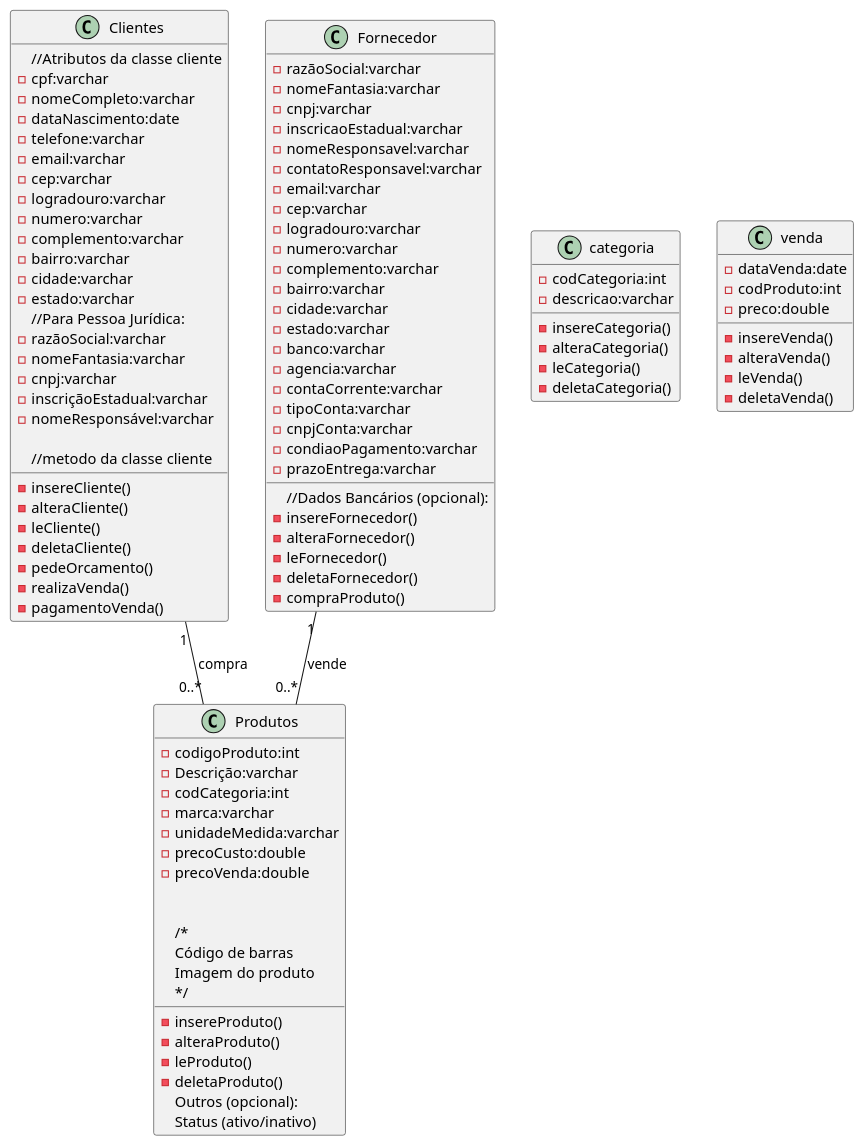
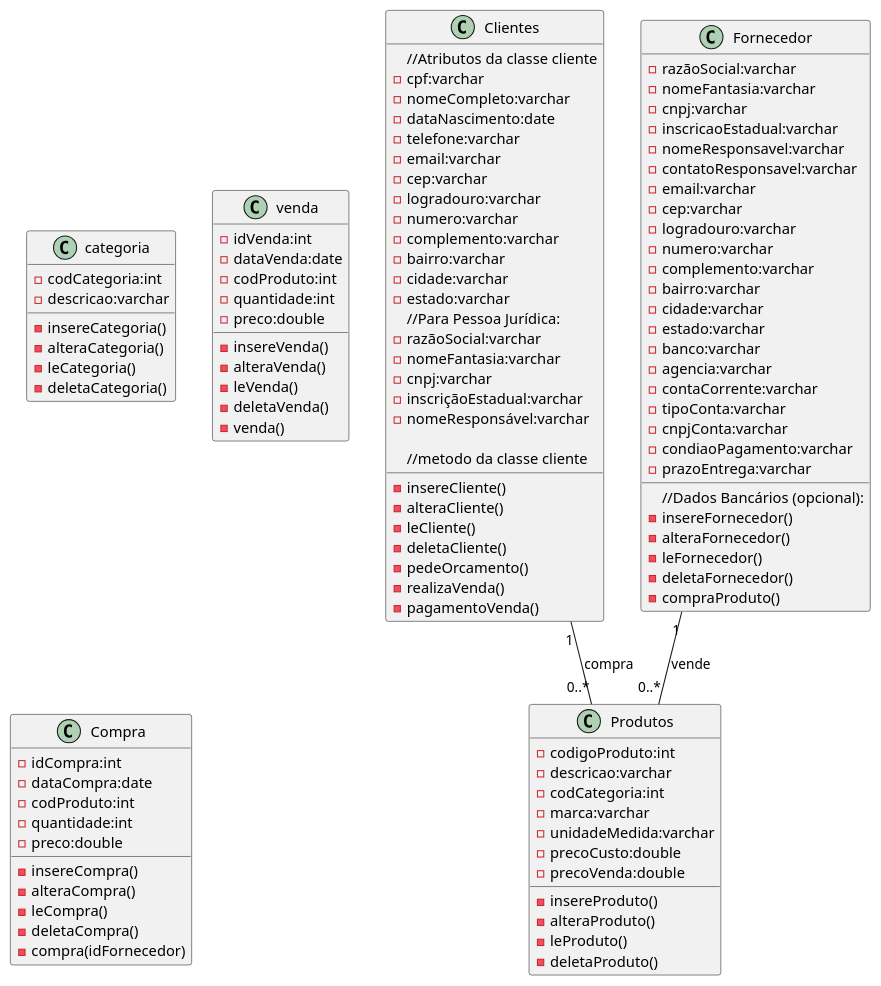
One commit to jmcardoso18/2025.1-PI-2-Semestre changed the diagram in Diagramas/classe.plantuml. Above: the diagram before and after it, drawn with PlantUML. The commit also changed 5 other files, not shown here.

Commit message:
atualização dos diagramas

```diff
--- a/Diagramas/classe.plantuml
+++ b/Diagramas/classe.plantuml
@@ -1,109 +1,119 @@
 @startuml
 
 class Clientes {
     //Atributos da classe cliente
     -cpf:varchar
     -nomeCompleto:varchar
     -dataNascimento:date
     -telefone:varchar
     -email:varchar
     -cep:varchar
     -logradouro:varchar
     -numero:varchar
     -complemento:varchar
     -bairro:varchar
     -cidade:varchar
     -estado:varchar
     //Para Pessoa Jurídica:
     -razãoSocial:varchar
     -nomeFantasia:varchar
     -cnpj:varchar
     -inscriçãoEstadual:varchar
     -nomeResponsável:varchar
 
     //metodo da classe cliente
     -insereCliente()
     -alteraCliente()
     -leCliente()
     -deletaCliente()
     -pedeOrcamento()
     -realizaVenda()
     -pagamentoVenda()
 }
 
 class Produtos{
     -codigoProduto:int
-    -Descrição:varchar
+    -descricao:varchar
     -codCategoria:int
     -marca:varchar
     -unidadeMedida:varchar
     -precoCusto:double
     -precoVenda:double
 
     -insereProduto()
     -alteraProduto()
     -leProduto()
     -deletaProduto()
-
-/*
-Outros (opcional):
-Código de barras
-Imagem do produto
-Status (ativo/inativo)
-*/
-
 }
 
 class Fornecedor{
     -razãoSocial:varchar
     -nomeFantasia:varchar
     -cnpj:varchar
     -inscricaoEstadual:varchar
     -nomeResponsavel:varchar
     -contatoResponsavel:varchar
     -email:varchar
     -cep:varchar
     -logradouro:varchar
     -numero:varchar
     -complemento:varchar
     -bairro:varchar
     -cidade:varchar
     -estado:varchar
     //Dados Bancários (opcional):
     -banco:varchar
     -agencia:varchar
     -contaCorrente:varchar
     -tipoConta:varchar
     -cnpjConta:varchar
     -condiaoPagamento:varchar
     -prazoEntrega:varchar
     -insereFornecedor()
     -alteraFornecedor()
     -leFornecedor()
     -deletaFornecedor()
     -compraProduto()
 }
 
 class categoria{
     -codCategoria:int
     -descricao:varchar
 
     -insereCategoria()
     -alteraCategoria()
     -leCategoria()
     -deletaCategoria()
 }
 
 class venda{
+    -idVenda:int
     -dataVenda:date
     -codProduto:int
+    -quantidade:int
     -preco:double
 
     -insereVenda()
     -alteraVenda()
     -leVenda()
     -deletaVenda()
+    -venda()
+}
+
+class Compra{
+    -idCompra:int
+    -dataCompra:date
+    -codProduto:int
+    -quantidade:int
+    -preco:double
+
+
+    -insereCompra()
+    -alteraCompra()
+    -leCompra()
+    -deletaCompra()
+    -compra(idFornecedor)
 }
 Clientes "1" -- "0..*" Produtos : compra
 Fornecedor "1" -- "0..*" Produtos : vende
-@endum
+@enduml
```
